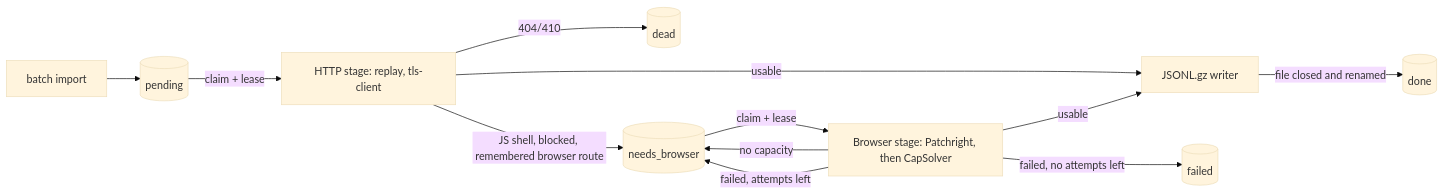
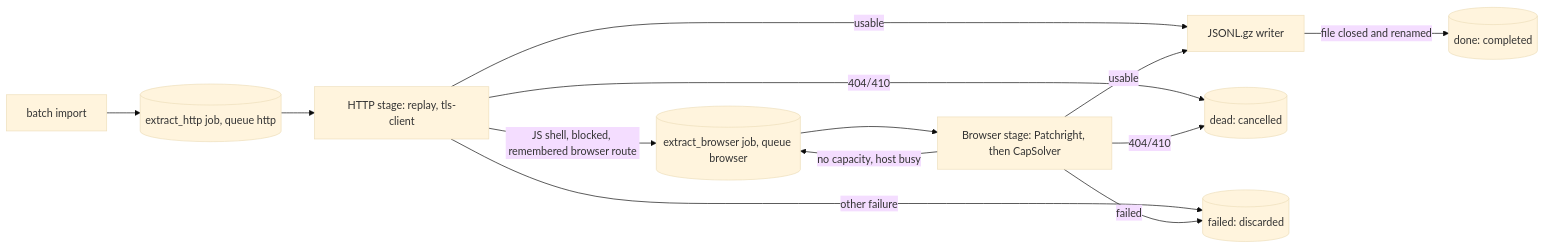
The diagram in docs/batch.md (simonbalfe/pagelode), drawn with Mermaid (base theme) before and after one commit. The commit also changed other lines of this file and 125 other files, not shown here.

````diff
--- a/docs/batch.md
+++ b/docs/batch.md
@@ -16,14 +16,15 @@
 ```mermaid
 flowchart LR
-    Import[batch import] --> Pending[(pending)]
-    Pending -->|claim + lease| HTTP[HTTP stage: replay, tls-client]
+    Import[batch import] --> HTTPJob[(extract_http job, queue http)]
+    HTTPJob --> HTTP[HTTP stage: replay, tls-client]
     HTTP -->|usable| Writer[JSONL.gz writer]
-    HTTP -->|404/410| Dead[(dead)]
-    HTTP -->|JS shell, blocked, remembered browser route| NeedsBrowser[(needs_browser)]
-    NeedsBrowser -->|claim + lease| Browser[Browser stage: Patchright, then CapSolver]
+    HTTP -->|404/410| Dead[(dead: cancelled)]
+    HTTP -->|other failure| Failed[(failed: discarded)]
+    HTTP -->|JS shell, blocked, remembered browser route| BrowserJob[(extract_browser job, queue browser)]
+    BrowserJob --> Browser[Browser stage: Patchright, then CapSolver]
     Browser -->|usable| Writer
-    Browser -->|no capacity| NeedsBrowser
-    Browser -->|failed, attempts left| NeedsBrowser
-    Browser -->|failed, no attempts left| Failed[(failed)]
-    Writer -->|file closed and renamed| Done[(done)]
+    Browser -->|no capacity, host busy| BrowserJob
+    Browser -->|404/410| Dead
+    Browser -->|failed| Failed
+    Writer -->|file closed and renamed| Done[(done: completed)]
 ```
````
